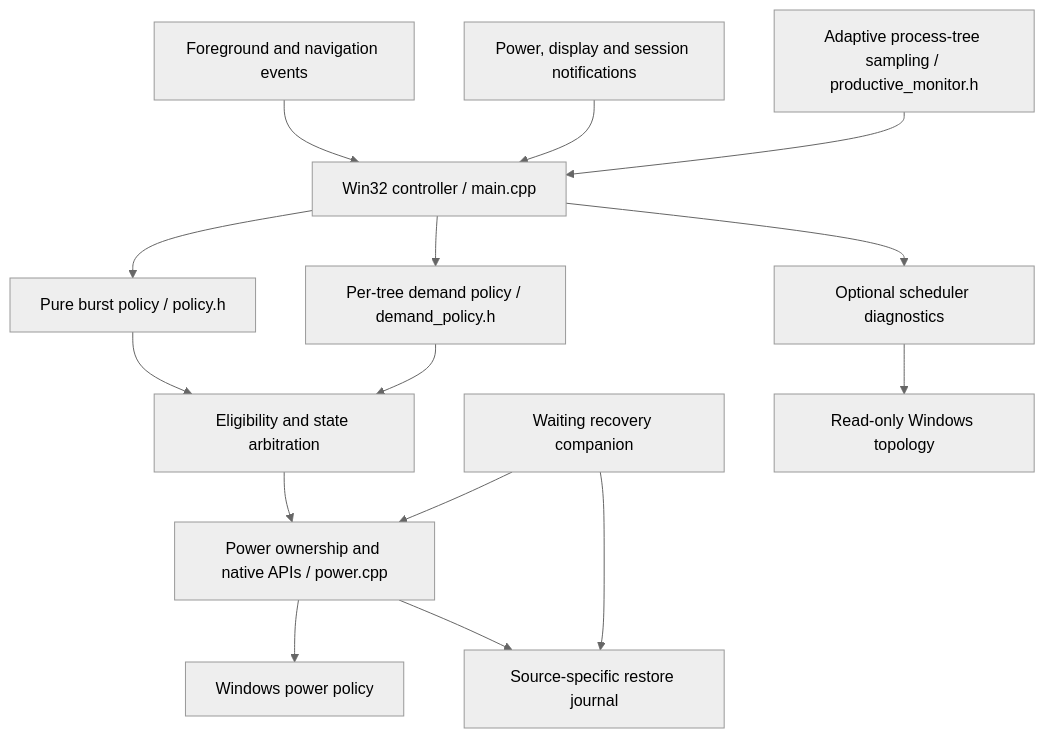
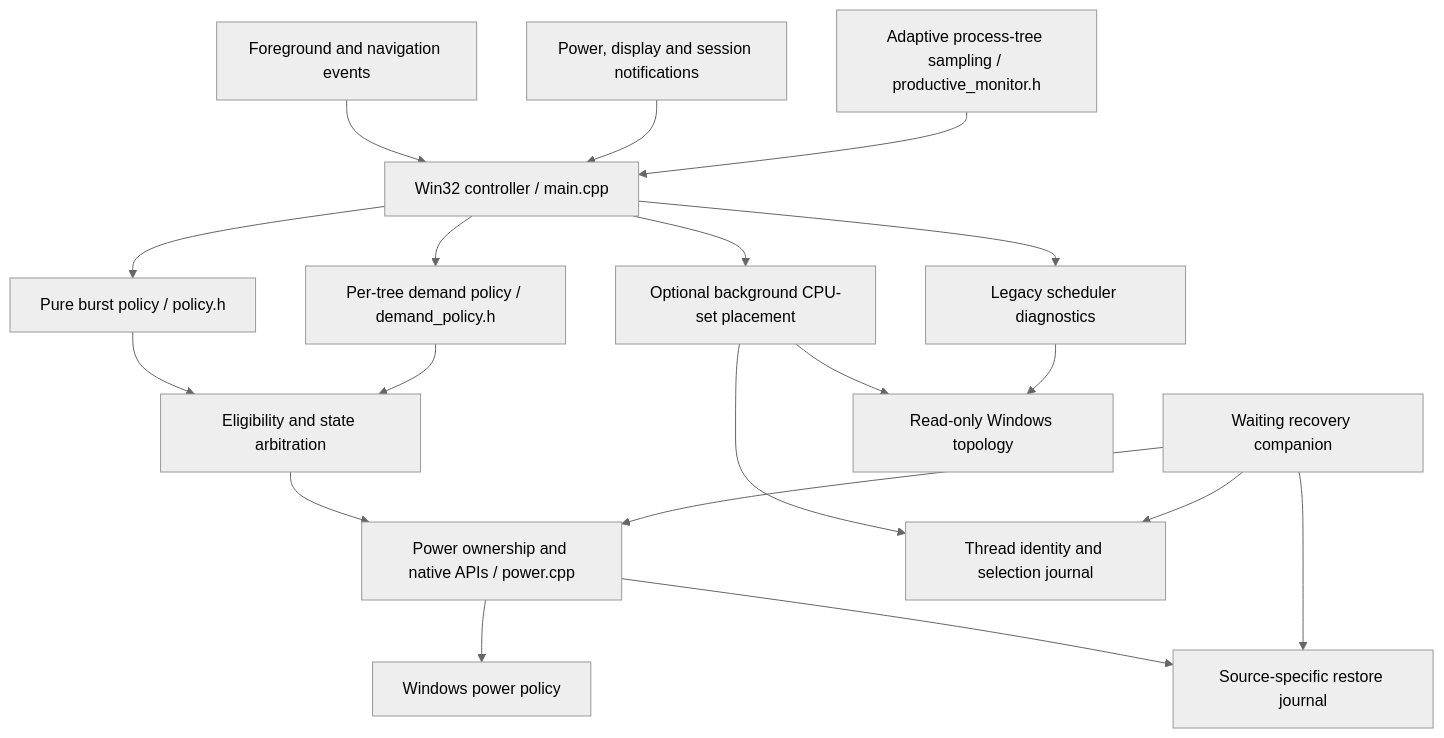
One commit to XEF2ZQ/Pulse changed the first of 2 diagrams in docs/architecture.md. Above: the diagram before and after it, drawn with Mermaid (neutral theme). The commit also changed other lines of this file and 20 other files, not shown here.

First line of the commit message:
Add editable power profiles and opt-in reversible thread placement

````diff
--- a/docs/architecture.md
+++ b/docs/architecture.md
@@ -9,17 +9,21 @@
 ```mermaid
 flowchart TD
     Input[Foreground and navigation events] --> Controller[Win32 controller / main.cpp]
     Source[Power, display and session notifications] --> Controller
     Samples[Adaptive process-tree sampling / productive_monitor.h] --> Controller
     Controller --> Burst[Pure burst policy / policy.h]
     Controller --> Compute[Per-tree demand policy / demand_policy.h]
     Burst --> Arbitration[Eligibility and state arbitration]
     Compute --> Arbitration
     Arbitration --> Power[Power ownership and native APIs / power.cpp]
     Power --> Windows[Windows power policy]
     Power --> Journal[Source-specific restore journal]
     Guardian[Waiting recovery companion] --> Journal
     Guardian --> Power
-    Controller --> Guard[Optional scheduler diagnostics]
+    Controller --> Placement[Optional background CPU-set placement]
+    Placement --> Topology
+    Placement --> PlacementJournal[Thread identity and selection journal]
+    Guardian --> PlacementJournal
+    Controller --> Guard[Legacy scheduler diagnostics]
     Guard --> Topology[Read-only Windows topology]
 ```
````
